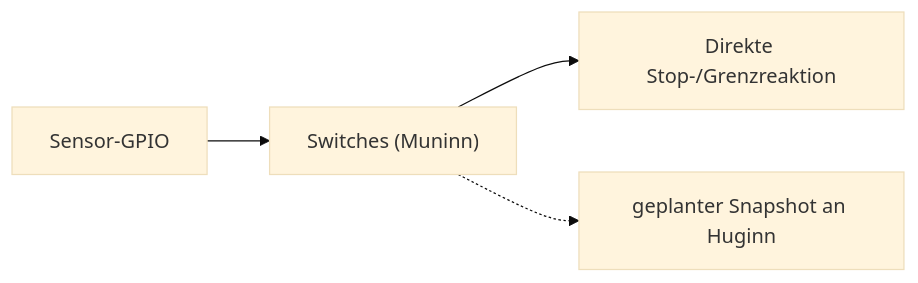
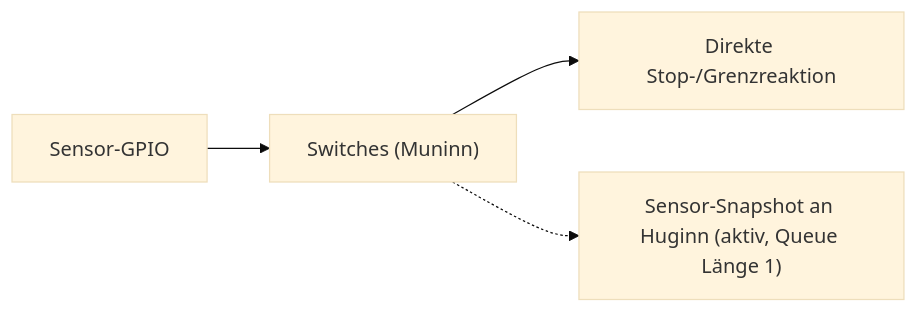
One commit to ErikaB-sys/Fiddle_yard_UVB changed the diagram in FY_ESP32_Bringup/docs/Switches/README.md. Above: the diagram before and after it, drawn with Mermaid (base theme). The commit also changed other lines of this file, not shown here.

````diff
--- a/FY_ESP32_Bringup/docs/Switches/README.md
+++ b/FY_ESP32_Bringup/docs/Switches/README.md
@@ -7,6 +7,6 @@
 ```mermaid
 flowchart LR
   GPIO["Sensor-GPIO"] --> S["Switches (Muninn)"]
   S --> H["Direkte Stop-/Grenzreaktion"]
-  S -.-> Q["geplanter Snapshot an Huginn"]
+  S -.-> Q["Sensor-Snapshot an Huginn (aktiv, Queue Länge 1)"]
 ```
````
